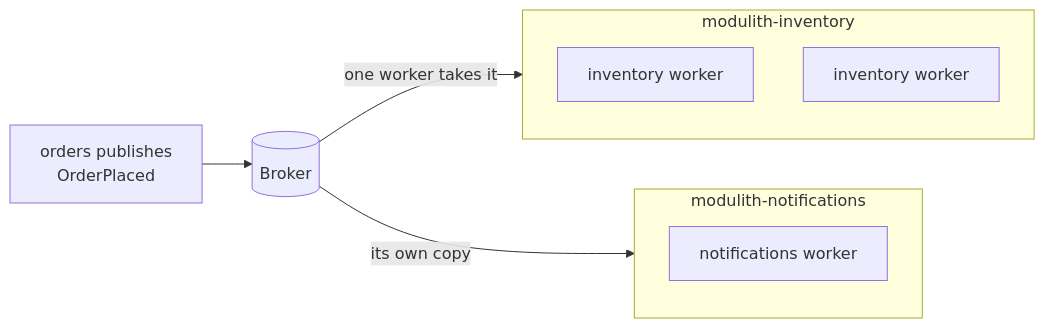
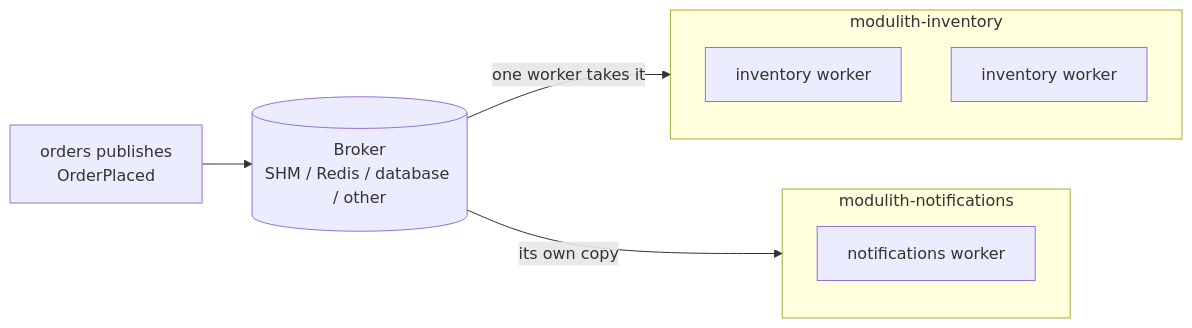
The second of 6 diagrams in docs/DEPLOYMENT.md (jeansossmeier/modupy), drawn with Mermaid before and after one commit. The commit also changed other lines of this file and 4 other files, not shown here.

First line of the commit message:
docs: show model API calls and any broker in the growth diagrams

````diff
--- a/docs/DEPLOYMENT.md
+++ b/docs/DEPLOYMENT.md
@@ -799,13 +799,13 @@
 ```mermaid
 flowchart LR
-    pub["orders publishes<br>OrderPlaced"] --> broker[("Broker")]
+    pub["orders publishes<br>OrderPlaced"] --> broker[("Broker<br>SHM / Redis / database / other")]
     broker -->|"one worker takes it"| inv
     broker -->|"its own copy"| ntf
     subgraph inv["modulith-inventory"]
         i1["inventory worker"]
         i2["inventory worker"]
     end
     subgraph ntf["modulith-notifications"]
         n1["notifications worker"]
     end
 ```
````
